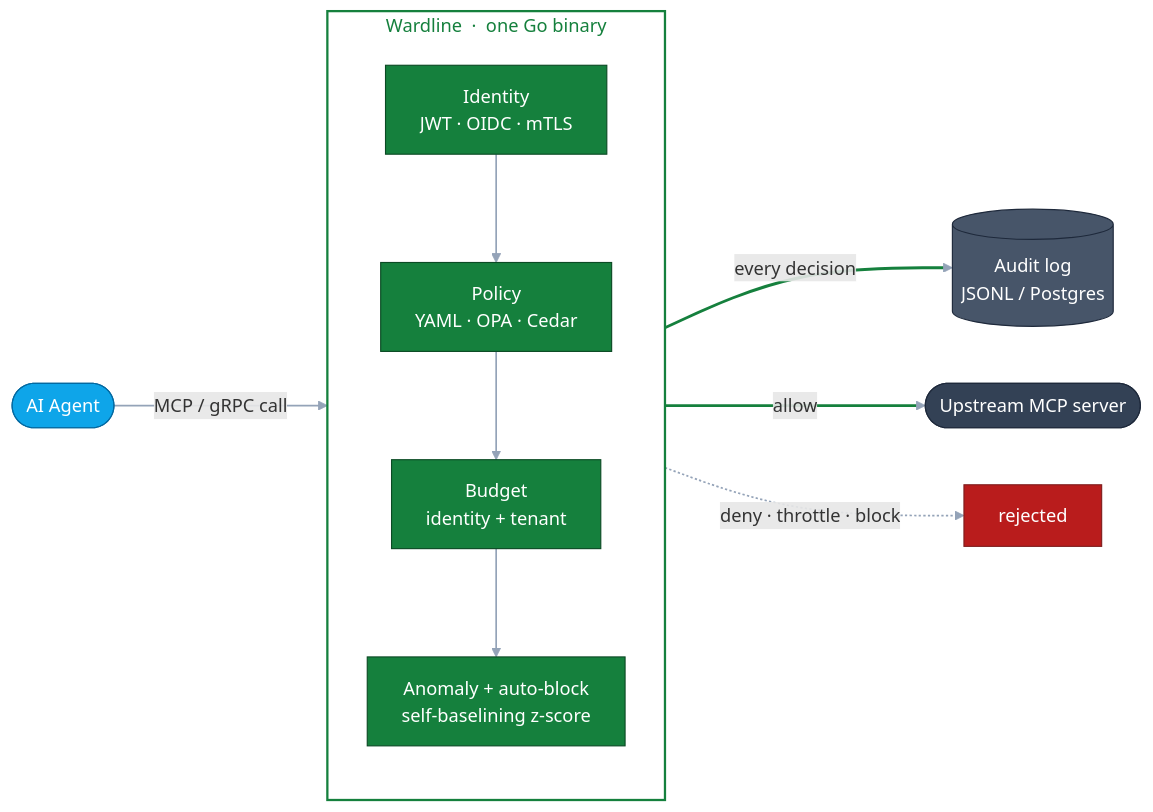
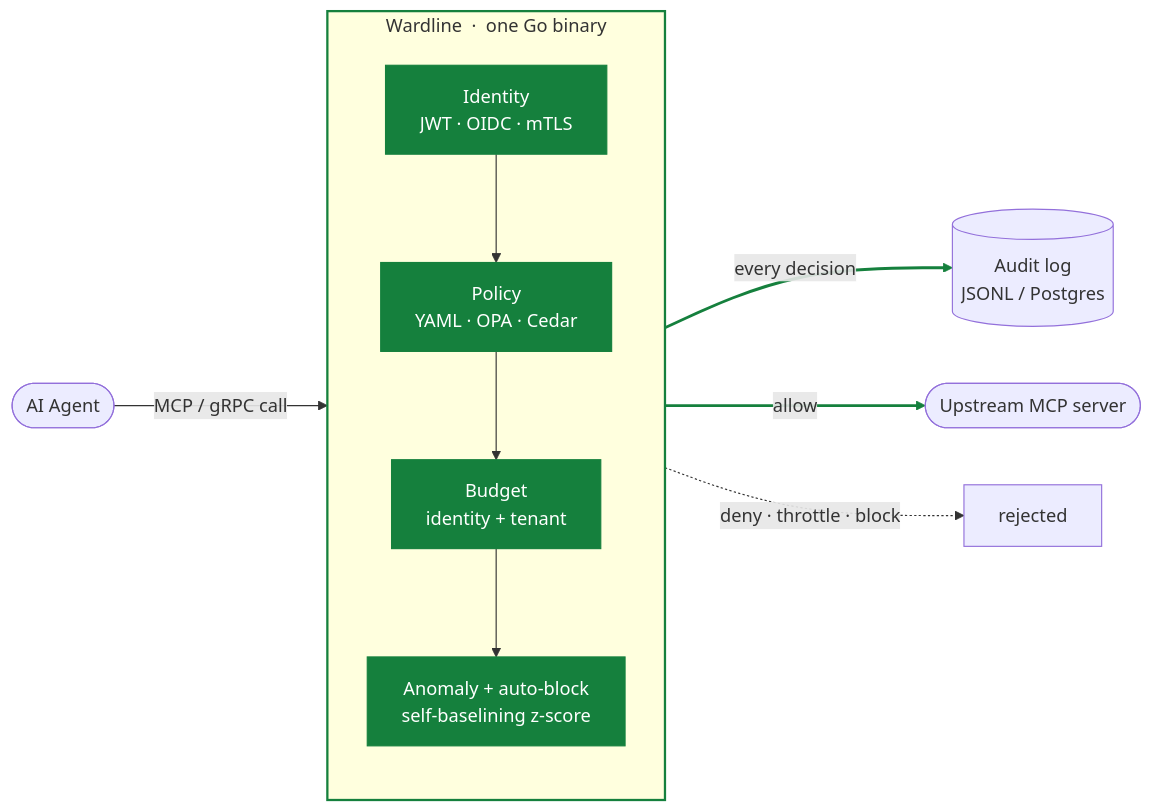
The diagram in README.md (kabirnarang39/wardline), drawn with Mermaid before and after one commit.

Commit message:
docs: mermaid colors match GitHub theme — brand green only on pipeline, rest inherit theme

````diff
--- a/README.md
+++ b/README.md
@@ -43,37 +43,29 @@
 ```mermaid
 %%{init: {"flowchart": {"curve": "basis", "nodeSpacing": 50, "rankSpacing": 70}}}%%
 flowchart LR
     A(["AI Agent"])
 
     subgraph W ["Wardline &nbsp;·&nbsp; one Go binary"]
         direction TB
         I["Identity<br/>JWT · OIDC · mTLS"]
         P["Policy<br/>YAML · OPA · Cedar"]
         B["Budget<br/>identity + tenant"]
         D["Anomaly + auto-block<br/>self-baselining z-score"]
         I --> P --> B --> D
     end
 
     A -->|"MCP / gRPC call"| W
     W ==>|"allow"| U(["Upstream MCP server"])
     W -.->|"deny · throttle · block"| X["rejected"]
     D ==>|"every decision"| L[("Audit log<br/>JSONL / Postgres")]
 
-    classDef agent fill:#0EA5E9,stroke:#0369A1,color:#ffffff;
-    classDef stage fill:#15803D,stroke:#0B4A24,color:#ffffff;
-    classDef up fill:#334155,stroke:#1E293B,color:#ffffff;
-    classDef bad fill:#B91C1C,stroke:#7F1D1D,color:#ffffff;
-    classDef store fill:#475569,stroke:#1E293B,color:#ffffff;
+    %% Only the Wardline pipeline is branded; every other node inherits
+    %% GitHub's native mermaid theme so it matches in both light and dark.
+    classDef stage fill:#15803D,stroke:#15803D,color:#ffffff;
+    class I,P,B,D stage;
 
-    class A agent;
-    class I,P,B,D stage;
-    class U up;
-    class X bad;
-    class L store;
+    style W stroke:#15803D,stroke-width:2px;
 
-    style W fill:none,stroke:#15803D,stroke-width:2px,color:#15803D;
-
-    linkStyle default stroke:#94A3B8,stroke-width:1.5px;
     linkStyle 4 stroke:#15803D,stroke-width:2.5px;
     linkStyle 6 stroke:#15803D,stroke-width:2.5px;
 ```
````
